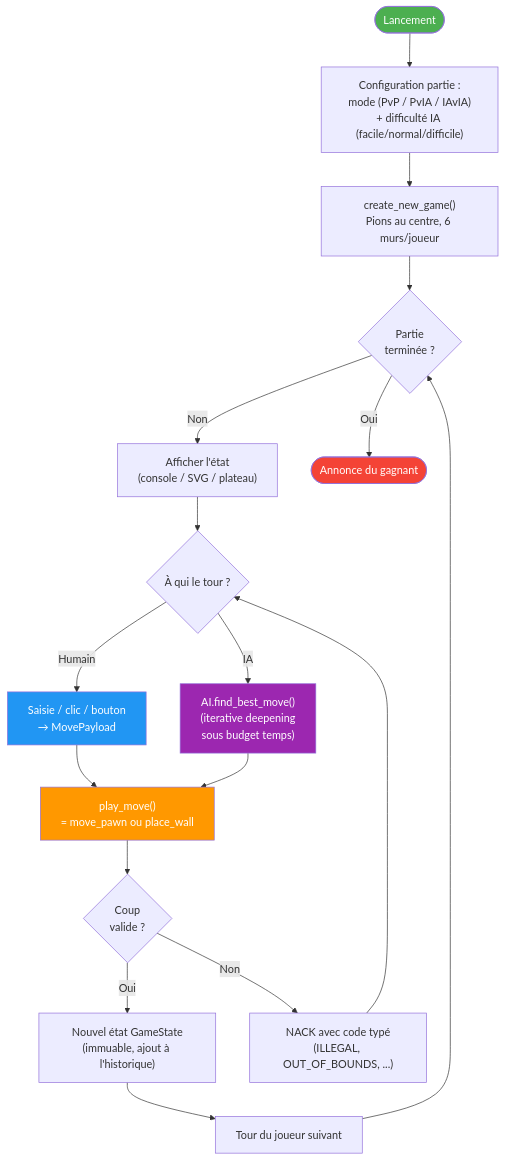
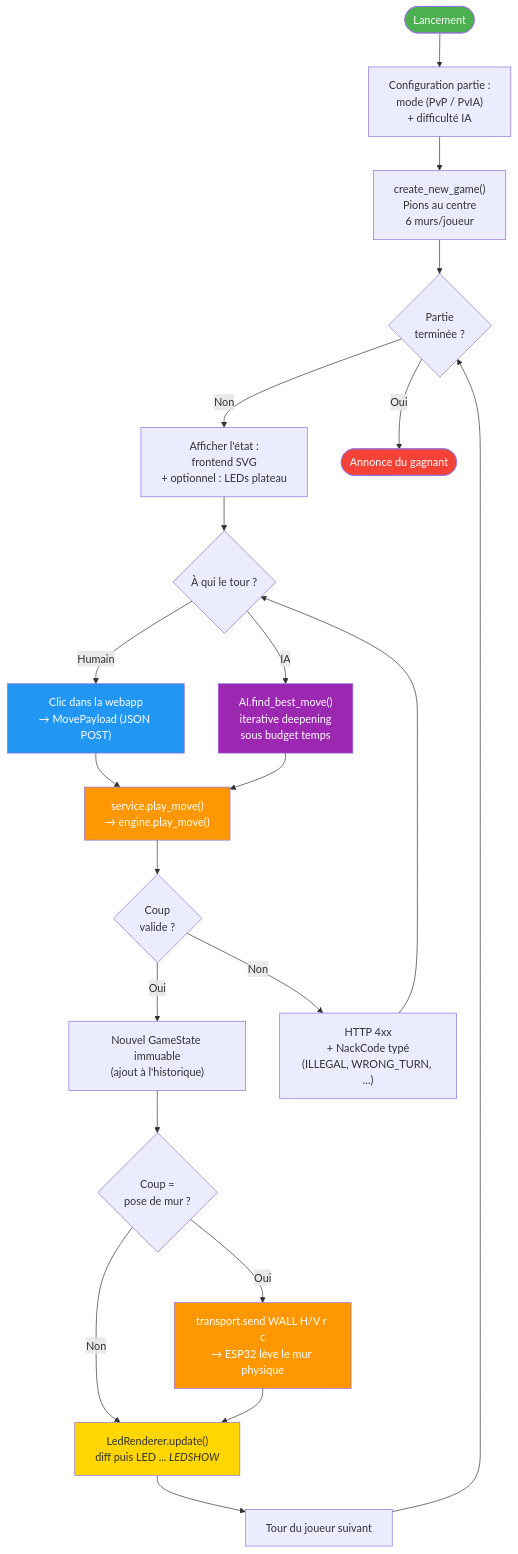
Before and after one commit to Silou1/Projet_mecatronique_I3: the third of 3 diagrams in docs/flowcharts/01_vue_generale.md, drawn with Mermaid. The commit also changed other lines of this file and 20 other files, not shown here.

````diff
--- a/docs/flowcharts/01_vue_generale.md
+++ b/docs/flowcharts/01_vue_generale.md
@@ -106,32 +123,39 @@
 ```mermaid
 flowchart TD
-    START(["Lancement"]) --> CONFIG["Configuration partie :<br/>mode (PvP / PvIA / IAvIA)<br/>+ difficulté IA (facile/normal/difficile)"]
+    START(["Lancement"]) --> CONFIG["Configuration partie :<br/>mode (PvP / PvIA)<br/>+ difficulté IA"]
 
-    CONFIG --> INIT["create_new_game()<br/>Pions au centre, 6 murs/joueur"]
+    CONFIG --> INIT["create_new_game()<br/>Pions au centre<br/>6 murs/joueur"]
     INIT --> LOOP
 
     LOOP{"Partie<br/>terminée ?"}
-    LOOP -->|Non| RENDER["Afficher l'état<br/>(console / SVG / plateau)"]
+    LOOP -->|Non| RENDER["Afficher l'état :<br/>frontend SVG<br/>+ optionnel : LEDs plateau"]
     LOOP -->|Oui| END(["Annonce du gagnant"])
 
     RENDER --> WHO{"À qui le tour ?"}
-    WHO -->|"Humain"| HUMAN["Saisie / clic / bouton<br/>→ MovePayload"]
-    WHO -->|"IA"| AI_THINK["AI.find_best_move()<br/>(iterative deepening<br/>sous budget temps)"]
+    WHO -->|"Humain"| HUMAN["Clic dans la webapp<br/>→ MovePayload (JSON POST)"]
+    WHO -->|"IA"| AI_THINK["AI.find_best_move()<br/>iterative deepening<br/>sous budget temps"]
 
-    HUMAN --> VALIDATE["play_move()<br/>= move_pawn ou place_wall"]
+    HUMAN --> VALIDATE["service.play_move()<br/>→ engine.play_move()"]
     AI_THINK --> VALIDATE
 
     VALIDATE --> OK{"Coup<br/>valide ?"}
-    OK -->|Oui| NEW_STATE["Nouvel état GameState<br/>(immuable, ajout à l'historique)"]
-    OK -->|Non| ERR["NACK avec code typé<br/>(ILLEGAL, OUT_OF_BOUNDS, ...)"]
+    OK -->|Oui| NEW_STATE["Nouvel GameState immuable<br/>(ajout à l'historique)"]
+    OK -->|Non| ERR["HTTP 4xx<br/>+ NackCode typé<br/>(ILLEGAL, WRONG_TURN, ...)"]
 
-    NEW_STATE --> NEXT["Tour du joueur suivant"]
+    NEW_STATE --> MIRROR{"Coup =<br/>pose de mur ?"}
+    MIRROR -->|Oui| PHYS["transport.send WALL H/V r c<br/>→ ESP32 lève le mur physique"]
+    MIRROR -->|Non| LED_UPDATE
+    PHYS --> LED_UPDATE
+    LED_UPDATE["LedRenderer.update()<br/>diff puis LED <i> ... LEDSHOW"]
+    LED_UPDATE --> NEXT["Tour du joueur suivant"]
     ERR --> WHO
     NEXT --> LOOP
 
     style START fill:#4CAF50,color:#fff
     style END fill:#f44336,color:#fff
     style AI_THINK fill:#9C27B0,color:#fff
     style HUMAN fill:#2196F3,color:#fff
     style VALIDATE fill:#FF9800,color:#fff
+    style PHYS fill:#FF9800,color:#fff
+    style LED_UPDATE fill:#FFD600
 ```
````
